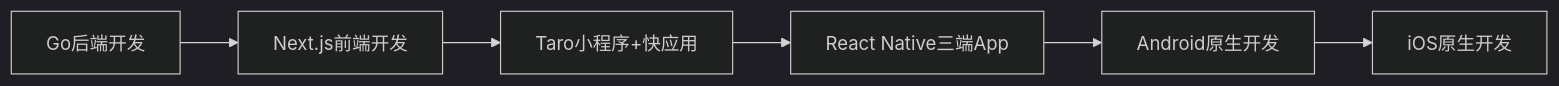
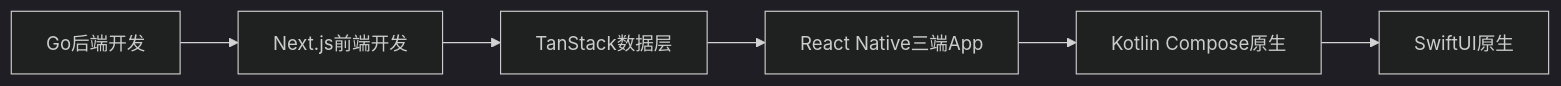
One commit to x-rush/dev-quest changed the first of 2 diagrams in README.md. Above: the diagram before and after it, drawn with Mermaid (dark theme). The commit also changed other lines of this file and 10 other files, not shown here.

````diff
--- a/README.md
+++ b/README.md
@@ -35,8 +35,8 @@
 ```mermaid
 graph LR
     A[Go后端开发] --> B[Next.js前端开发]
-    B --> C[Taro小程序+快应用]
+    B --> C[TanStack数据层]
     C --> D[React Native三端App]
-    D --> E[Android原生开发]
-    E --> F[iOS原生开发]
+    D --> E[Kotlin Compose原生]
+    E --> F[SwiftUI原生]
 ```
````
